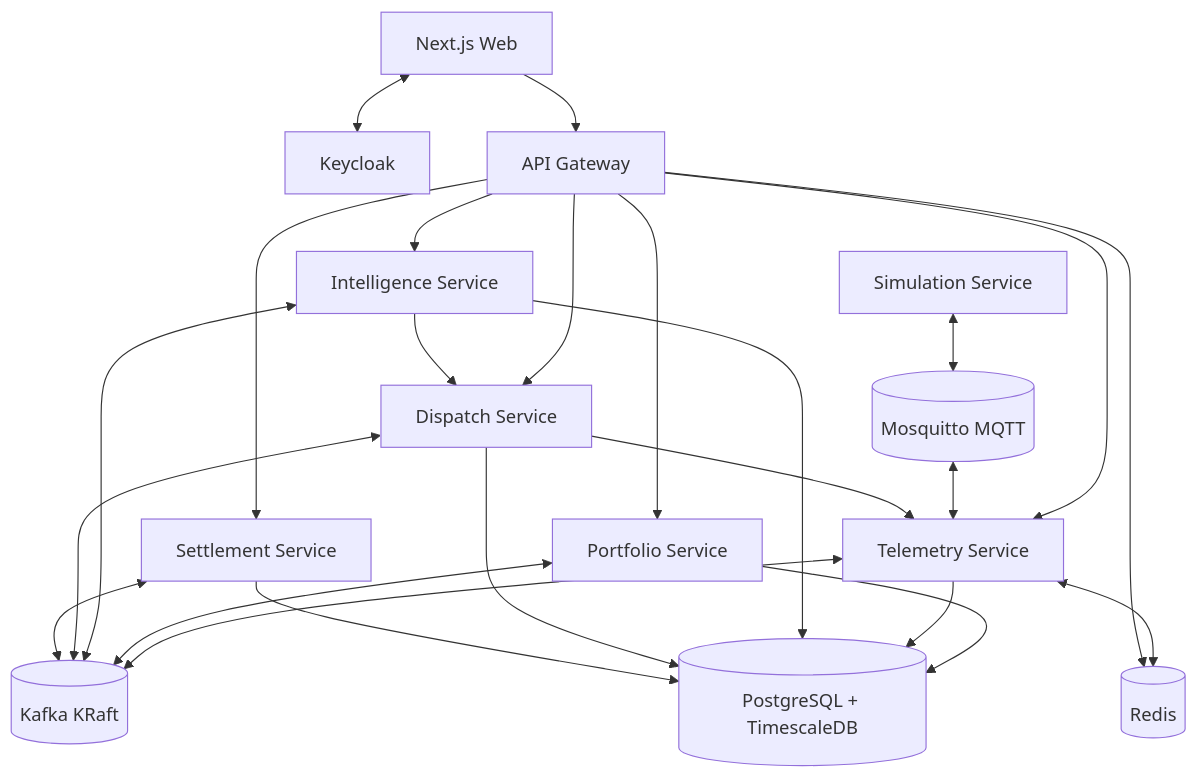
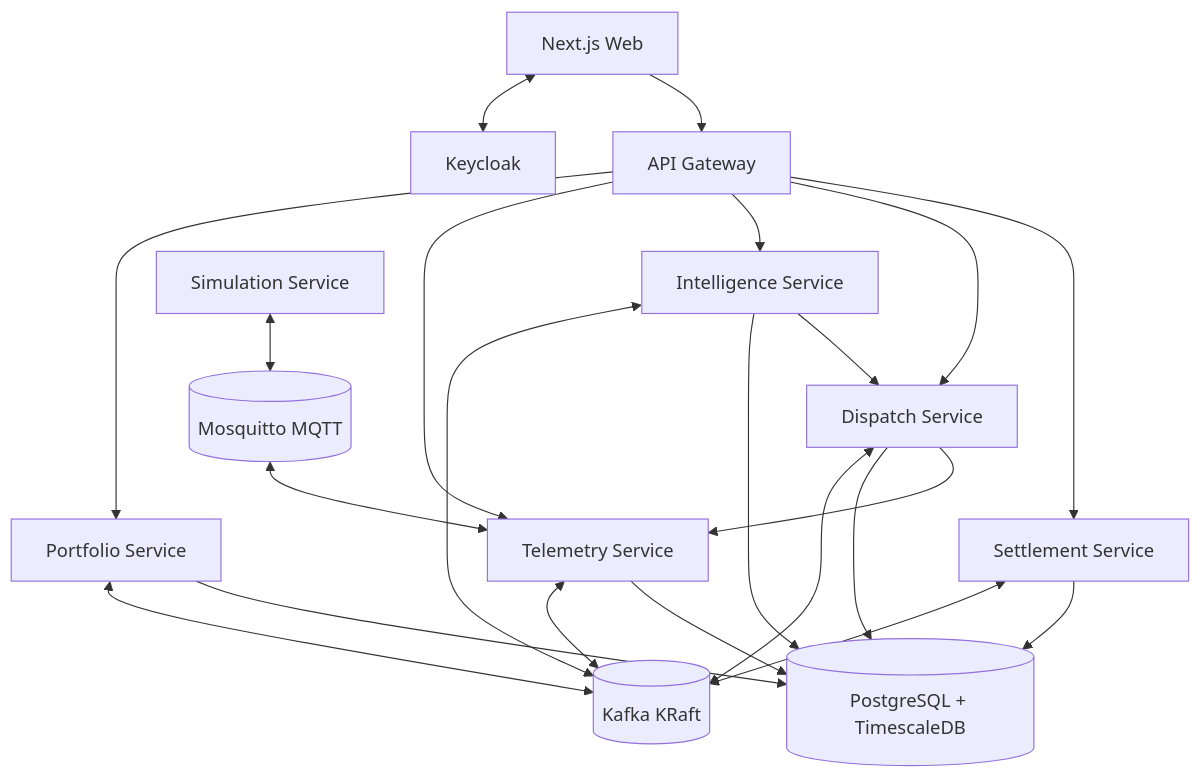
One commit to Miniks040506/voltweave changed the second of 5 diagrams in docs/VOLTWEAVE_V1_PLAN.md. Above: the diagram before and after it, drawn with Mermaid. The commit also changed other lines of this file and 1 other file, not shown here.

````diff
--- a/docs/VOLTWEAVE_V1_PLAN.md
+++ b/docs/VOLTWEAVE_V1_PLAN.md
@@ -194,43 +194,39 @@
 ```mermaid
 flowchart TB
     FE[Next.js Web]
     KC[Keycloak]
     GW[API Gateway]
     PF[Portfolio Service]
     TEL[Telemetry Service]
     INT[Intelligence Service]
     DSP[Dispatch Service]
     SET[Settlement Service]
     SIM[Simulation Service]
     MQTT[(Mosquitto MQTT)]
     K[(Kafka KRaft)]
     PG[(PostgreSQL + TimescaleDB)]
-    R[(Redis)]
 
     FE <--> KC
     FE --> GW
     GW --> PF
     GW --> TEL
     GW --> INT
     GW --> DSP
     GW --> SET
 
     SIM <--> MQTT
     MQTT <--> TEL
     TEL <--> K
     PF <--> K
     INT <--> K
     DSP <--> K
     SET <--> K
 
     PF --> PG
     TEL --> PG
     INT --> PG
     DSP --> PG
     SET --> PG
-    TEL <--> R
-    GW --> R
-
     INT --> DSP
     DSP --> TEL
 ```
````
